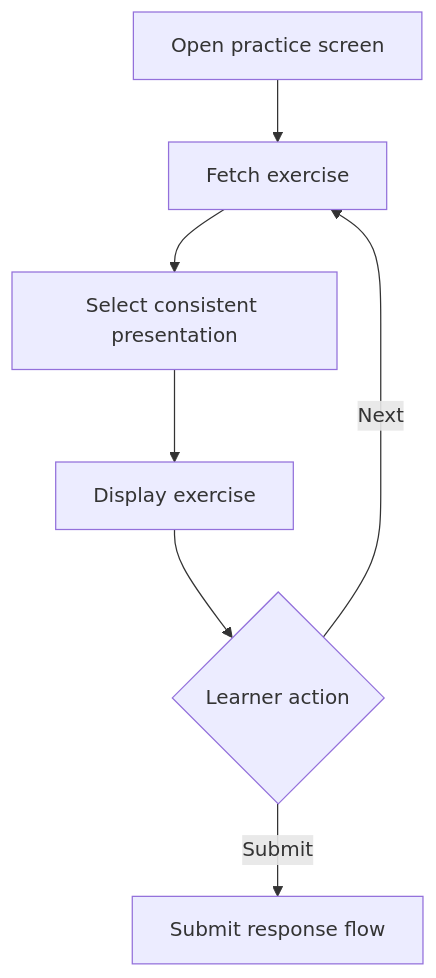
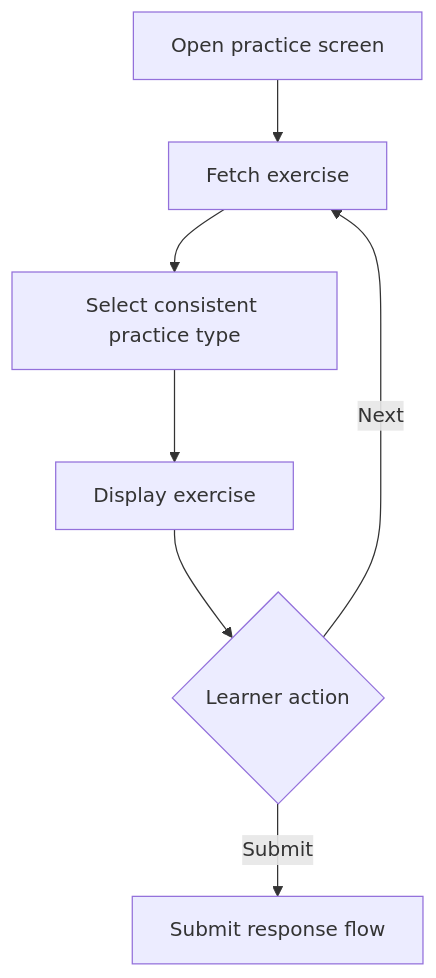
One commit to lamhq/fluento changed the diagram in docs/requirements/practice/view-practice-exercise.md. Above: the diagram before and after it, drawn with Mermaid. The commit also changed other lines of this file and 18 other files, not shown here.

````diff
--- a/docs/requirements/practice/view-practice-exercise.md
+++ b/docs/requirements/practice/view-practice-exercise.md
@@ -49,9 +28,9 @@
 ```mermaid
 flowchart TD
     A[Open practice screen] --> B[Fetch exercise]
-    B --> C[Select consistent presentation]
+    B --> C[Select consistent practice type]
     C --> D[Display exercise]
     D --> E{Learner action}
     E -->|Submit| F[Submit response flow]
     E -->|Next| B
 ```
````
